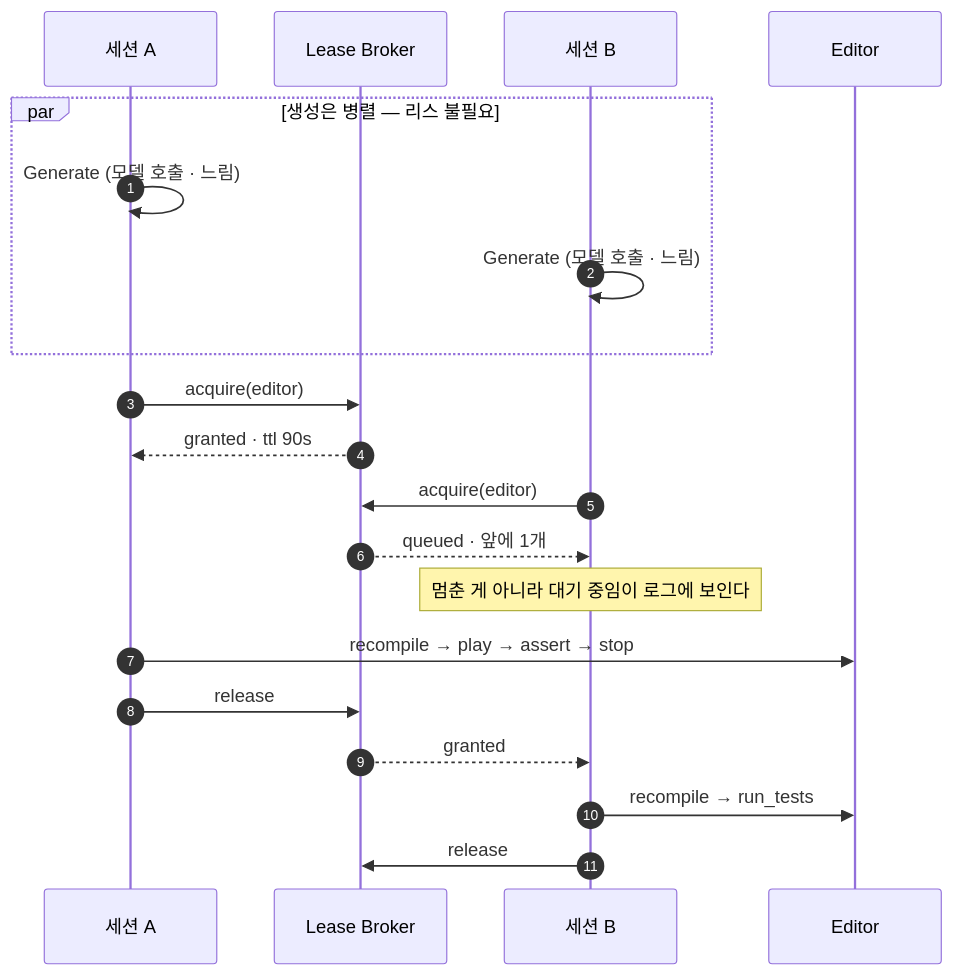
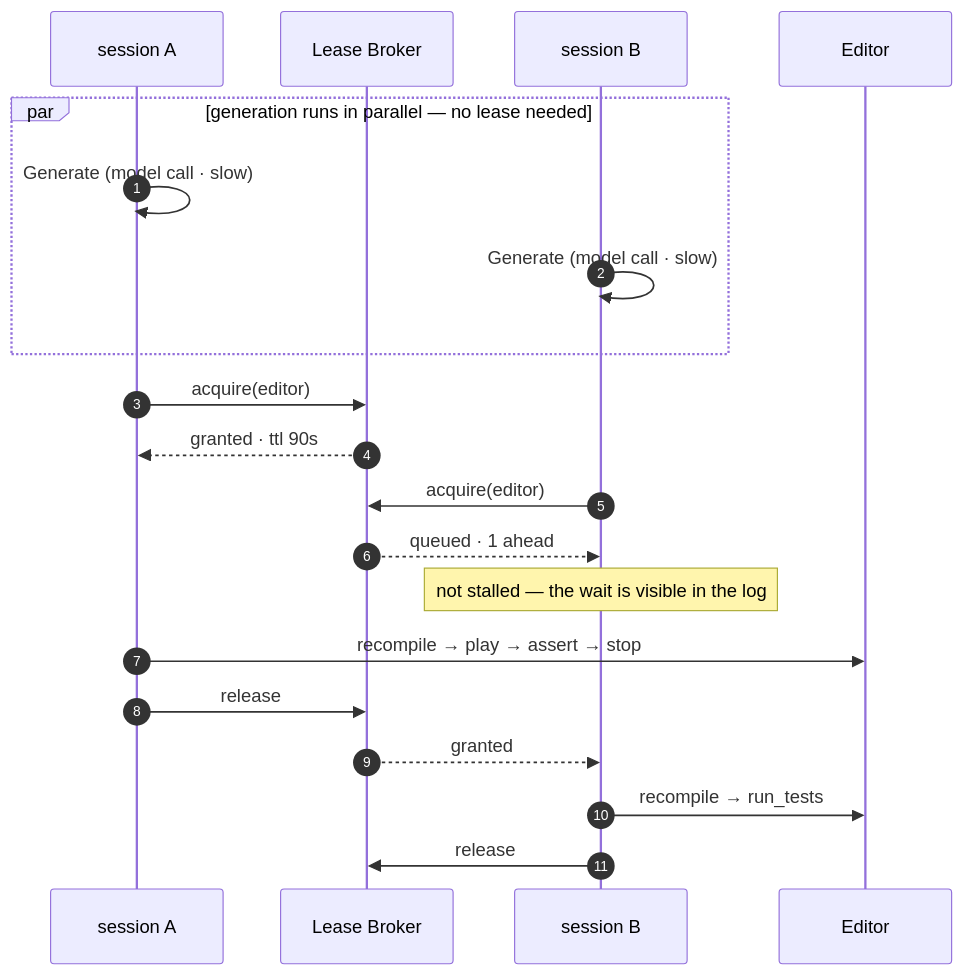
One commit to SeoBYP/GameDev-AgentLoop changed the ninth of 11 diagrams in docs/ARCHITECTURE.md. Above: the diagram before and after it, drawn with Mermaid. The commit also changed other lines of this file and 21 other files, not shown here.

First line of the commit message:
오픈소스화 3단계 — 런타임 출력 영어 통일 + ARCHITECTURE 영어판

````diff
--- a/docs/ARCHITECTURE.md
+++ b/docs/ARCHITECTURE.md
@@ -557,25 +572,25 @@
 ```mermaid
 sequenceDiagram
     autonumber
-    participant A as 세션 A
+    participant A as session A
     participant L as Lease Broker
-    participant B as 세션 B
+    participant B as session B
     participant E as Editor
 
-    par 생성은 병렬 — 리스 불필요
-        A->>A: Generate (모델 호출 · 느림)
-        B->>B: Generate (모델 호출 · 느림)
+    par generation runs in parallel — no lease needed
+        A->>A: Generate (model call · slow)
+        B->>B: Generate (model call · slow)
     end
 
     A->>L: acquire(editor)
     L-->>A: granted · ttl 90s
     B->>L: acquire(editor)
-    L-->>B: queued · 앞에 1개
-    Note over B: 멈춘 게 아니라 대기 중임이 로그에 보인다
+    L-->>B: queued · 1 ahead
+    Note over B: not stalled — the wait is visible in the log
 
     A->>E: recompile → play → assert → stop
     A->>L: release
     L-->>B: granted
     B->>E: recompile → run_tests
     B->>L: release
 ```
````
